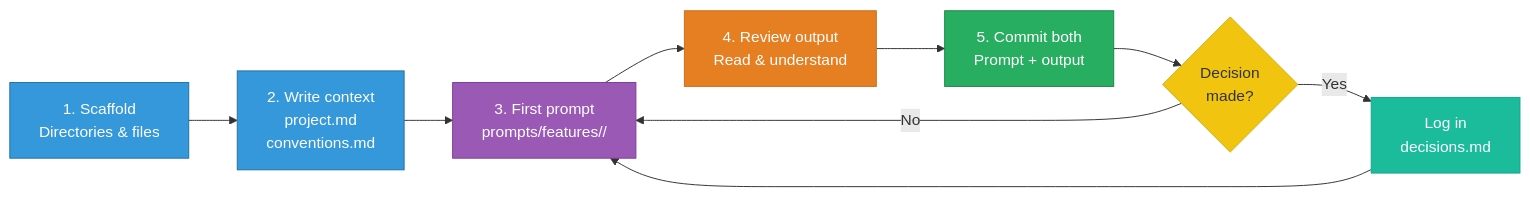
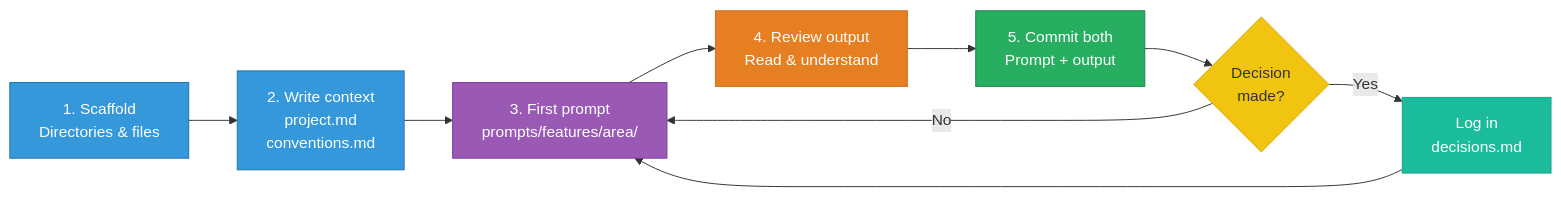
The fourth of 5 diagrams in docs/philosophy.md (harshal2802/pdd-skill), drawn with Mermaid before and after one commit. The commit also changed other lines of this file, not shown here.

First line of the commit message:
Fix unreadable boxes in philosophy.md Mermaid diagrams

````diff
--- a/docs/philosophy.md
+++ b/docs/philosophy.md
@@ -146,19 +146,19 @@
 ```mermaid
 flowchart LR
     A["1. Scaffold\nDirectories & files"] --> B["2. Write context\nproject.md\nconventions.md"]
-    B --> C["3. First prompt\nprompts/features/<area>/"]
+    B --> C["3. First prompt\nprompts/features/area/"]
     C --> D["4. Review output\nRead & understand"]
     D --> E["5. Commit both\nPrompt + output"]
     E --> F{"Decision\nmade?"}
     F -- Yes --> G["Log in\ndecisions.md"]
     F -- No --> C
     G --> C
 
     style A fill:#3498db,stroke:#2471a3,color:#fff
     style B fill:#3498db,stroke:#2471a3,color:#fff
     style C fill:#9b59b6,stroke:#7d3c98,color:#fff
     style D fill:#e67e22,stroke:#ca6f1e,color:#fff
     style E fill:#27ae60,stroke:#1e8449,color:#fff
     style F fill:#f1c40f,stroke:#d4ac0d,color:#333
     style G fill:#1abc9c,stroke:#17a589,color:#fff
 ```
````
